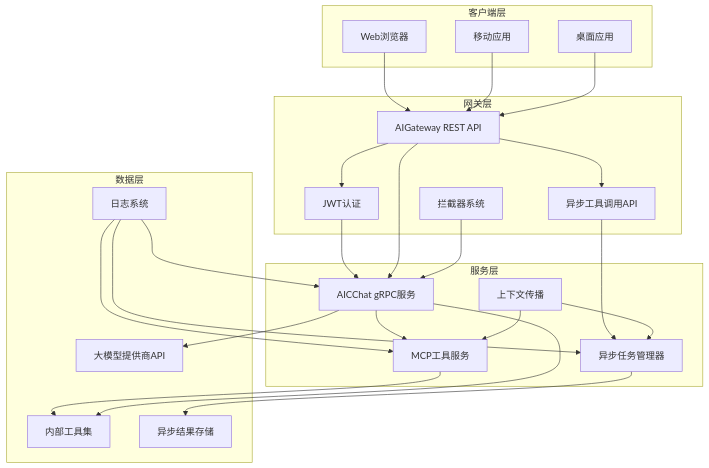
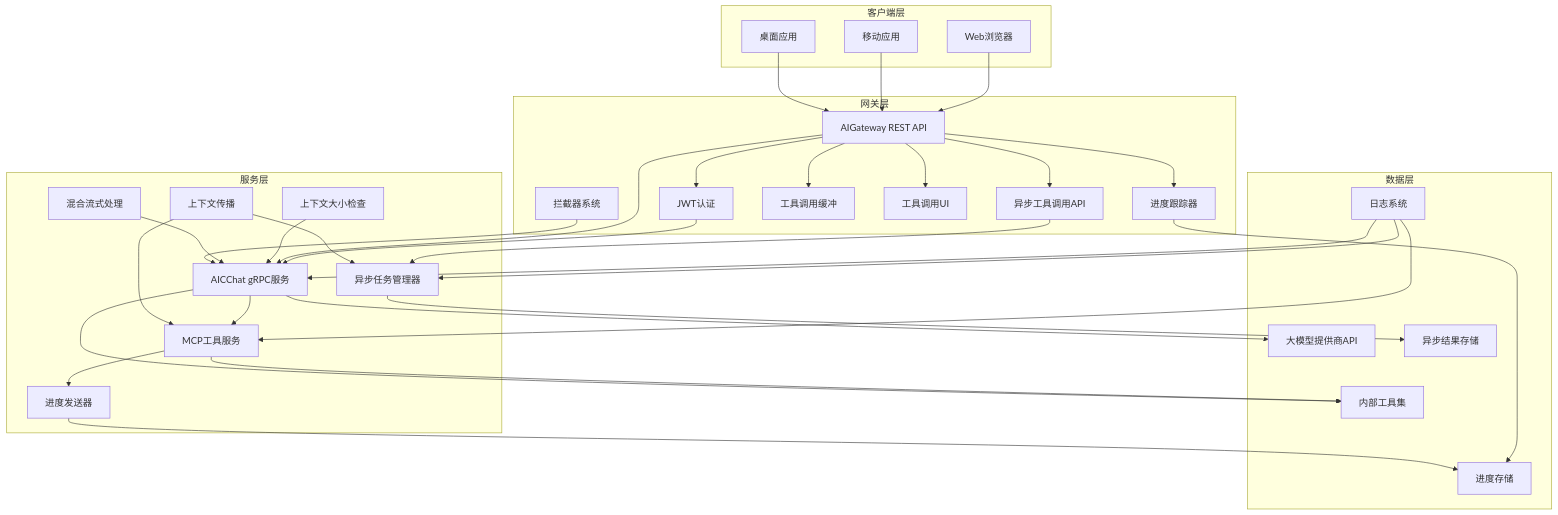
One commit to maomao94/zero-service changed the second of 29 diagrams in .qoder/repowiki/zh/content/AI聊天服务迁移指南.md. Above: the diagram before and after it, drawn with Mermaid. The commit also changed other lines of this file and 48 other files, not shown here.

````diff
--- a/.qoder/repowiki/zh/content/AI聊天服务迁移指南.md
+++ b/.qoder/repowiki/zh/content/AI聊天服务迁移指南.md
@@ -164,45 +188,60 @@
 ```mermaid
 graph TB
 subgraph "客户端层"
 Web[Web浏览器]
 Mobile[移动应用]
 Desktop[桌面应用]
 end
 subgraph "网关层"
 Gateway[AIGateway REST API]
 Auth[JWT认证]
 AsyncAPI[异步工具调用API]
 Interceptor[拦截器系统]
+ToolBuffer[工具调用缓冲]
+ToolUI[工具调用UI]
+ProgressTracker[进度跟踪器]
 end
 subgraph "服务层"
 ChatService[AICChat gRPC服务]
 MCPService[MCP工具服务]
 AsyncMgr[异步任务管理器]
 Context[上下文传播]
+ContextCheck[上下文大小检查]
+MixedStream[混合流式处理]
+ProgressSender[进度发送器]
 end
 subgraph "数据层"
 Providers[大模型提供商API]
 Tools[内部工具集]
 AsyncStore[异步结果存储]
 LogSystem[日志系统]
+ProgressStore[进度存储]
 end
 Web --> Gateway
 Mobile --> Gateway
 Desktop --> Gateway
 Gateway --> Auth
 Auth --> ChatService
 Gateway --> ChatService
 Gateway --> AsyncAPI
+Gateway --> ToolBuffer
+Gateway --> ToolUI
+Gateway --> ProgressTracker
 AsyncAPI --> AsyncMgr
 ChatService --> MCPService
 ChatService --> Providers
 MCPService --> Tools
+MCPService --> ProgressSender
 AsyncMgr --> AsyncStore
+ProgressTracker --> ProgressStore
 ChatService --> Tools
 Context --> MCPService
 Context --> AsyncMgr
+ContextCheck --> ChatService
+MixedStream --> ChatService
 Interceptor --> ChatService
 LogSystem --> ChatService
 LogSystem --> MCPService
 LogSystem --> AsyncMgr
+ProgressSender --> ProgressStore
 ```
````
